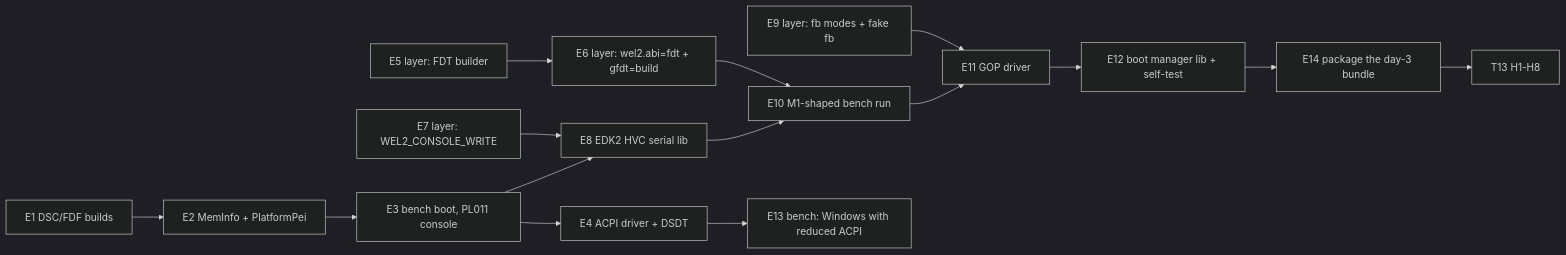
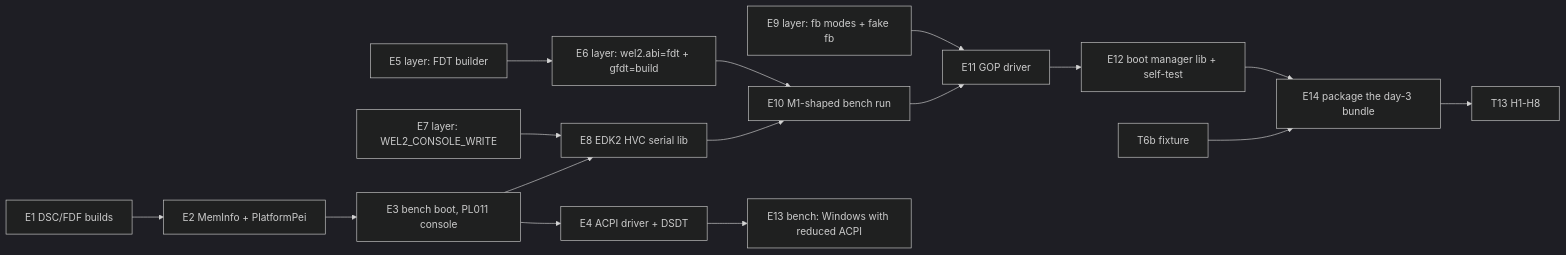
One commit to ZonatedCord/WatariBoot changed the diagram in docs/design/watari-edk2-m1/PLAN.md. Above: the diagram before and after it, drawn with Mermaid (dark theme). The commit also changed other lines of this file and 4 other files, not shown here.

````diff
--- a/docs/design/watari-edk2-m1/PLAN.md
+++ b/docs/design/watari-edk2-m1/PLAN.md
@@ -16,17 +16,18 @@
 ```mermaid
 flowchart LR
   E1[E1 DSC/FDF builds] --> E2[E2 MemInfo + PlatformPei]
   E2 --> E3[E3 bench boot, PL011 console]
   E3 --> E4[E4 ACPI driver + DSDT]
   E5[E5 layer: FDT builder] --> E6[E6 layer: wel2.abi=fdt + gfdt=build]
   E7[E7 layer: WEL2_CONSOLE_WRITE] --> E8[E8 EDK2 HVC serial lib]
   E3 --> E8
   E6 --> E10[E10 M1-shaped bench run]
   E8 --> E10
   E9[E9 layer: fb modes + fake fb] --> E11[E11 GOP driver]
   E10 --> E11
   E11 --> E12[E12 boot manager lib + self-test]
   E4 --> E13[E13 bench: Windows with reduced ACPI]
   E12 --> E14[E14 package the day-3 bundle]
+  T6b[T6b fixture] --> E14
   E14 --> H[T13 H1-H8]
 ```
````
